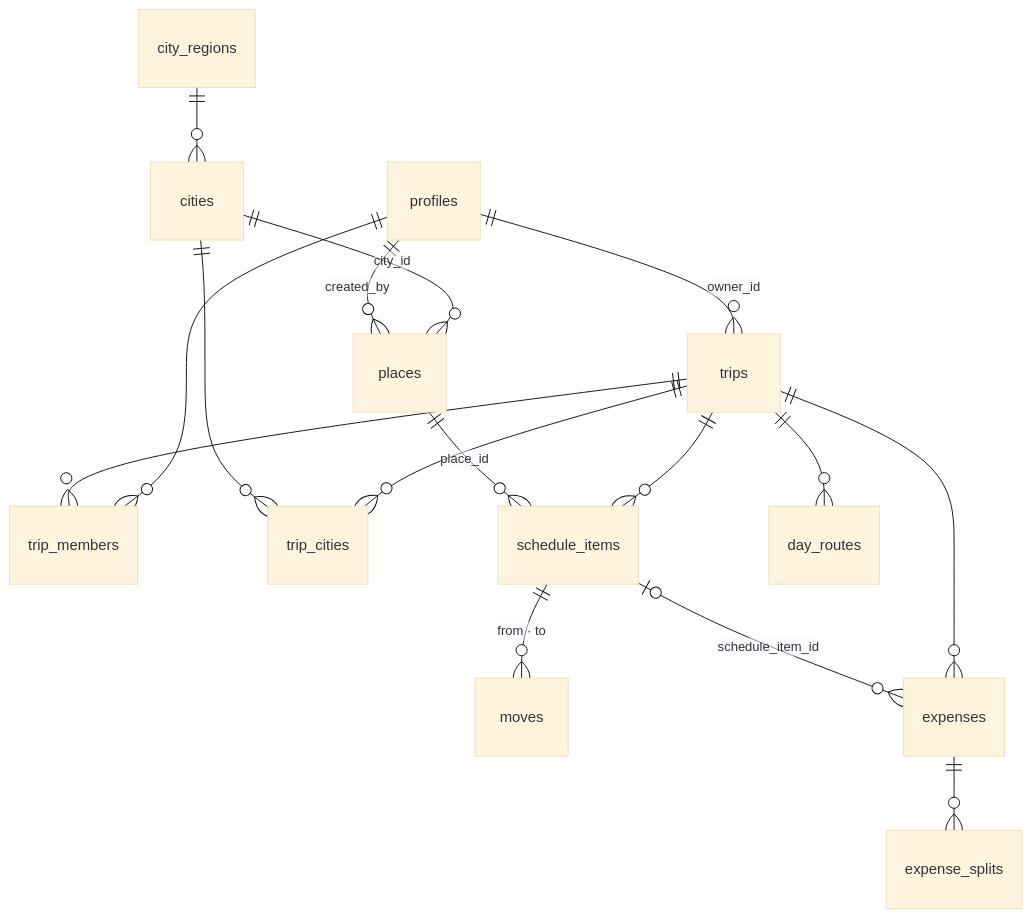
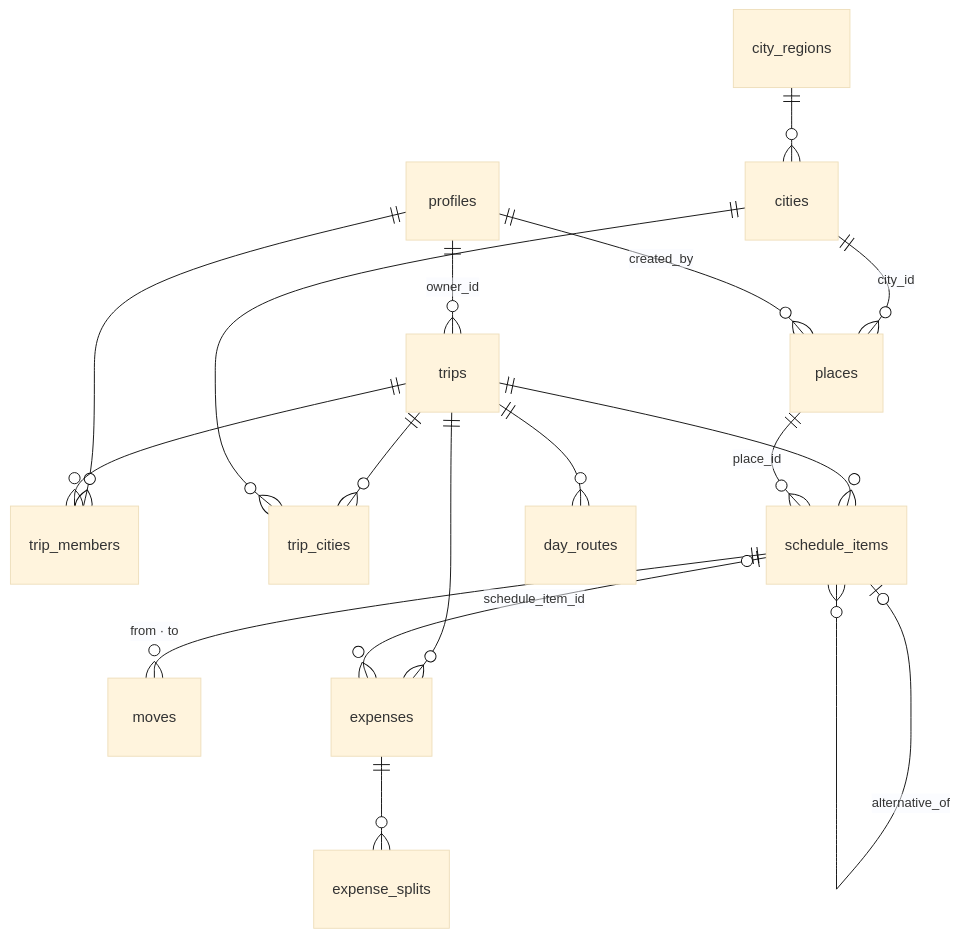
The diagram in docs/policies/data-model.md (JayeHa/tripmate), drawn with Mermaid (base theme) before and after one commit. The commit also changed other lines of this file and 41 other files, not shown here.

````diff
--- a/docs/policies/data-model.md
+++ b/docs/policies/data-model.md
@@ -22,18 +22,19 @@
 ```mermaid
 erDiagram
   profiles ||--o{ trips : "owner_id"
   profiles ||--o{ trip_members : ""
   trips ||--o{ trip_members : ""
   trips ||--o{ trip_cities : ""
   cities ||--o{ trip_cities : ""
   city_regions ||--o{ cities : ""
   cities ||--o{ places : "city_id"
   profiles ||--o{ places : "created_by"
   trips ||--o{ schedule_items : ""
   places ||--o{ schedule_items : "place_id"
+  schedule_items |o--o{ schedule_items : "alternative_of"
   schedule_items ||--o{ moves : "from · to"
   trips ||--o{ day_routes : ""
   trips ||--o{ expenses : ""
   schedule_items |o--o{ expenses : "schedule_item_id"
   expenses ||--o{ expense_splits : ""
 ```
````
